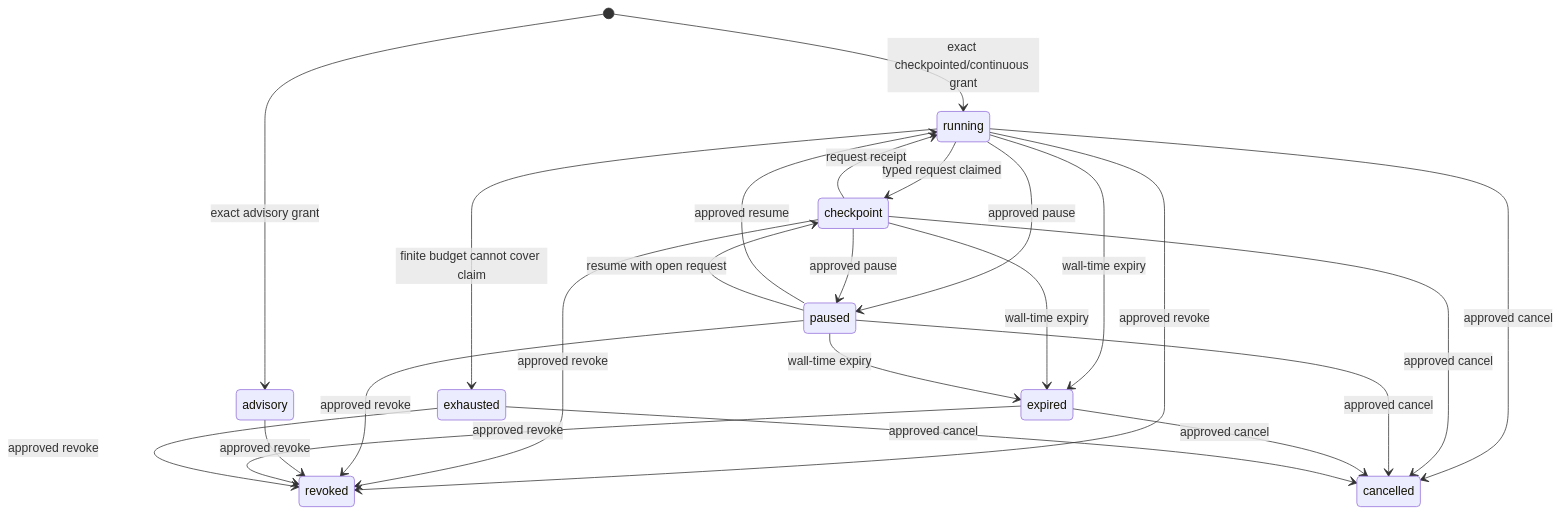
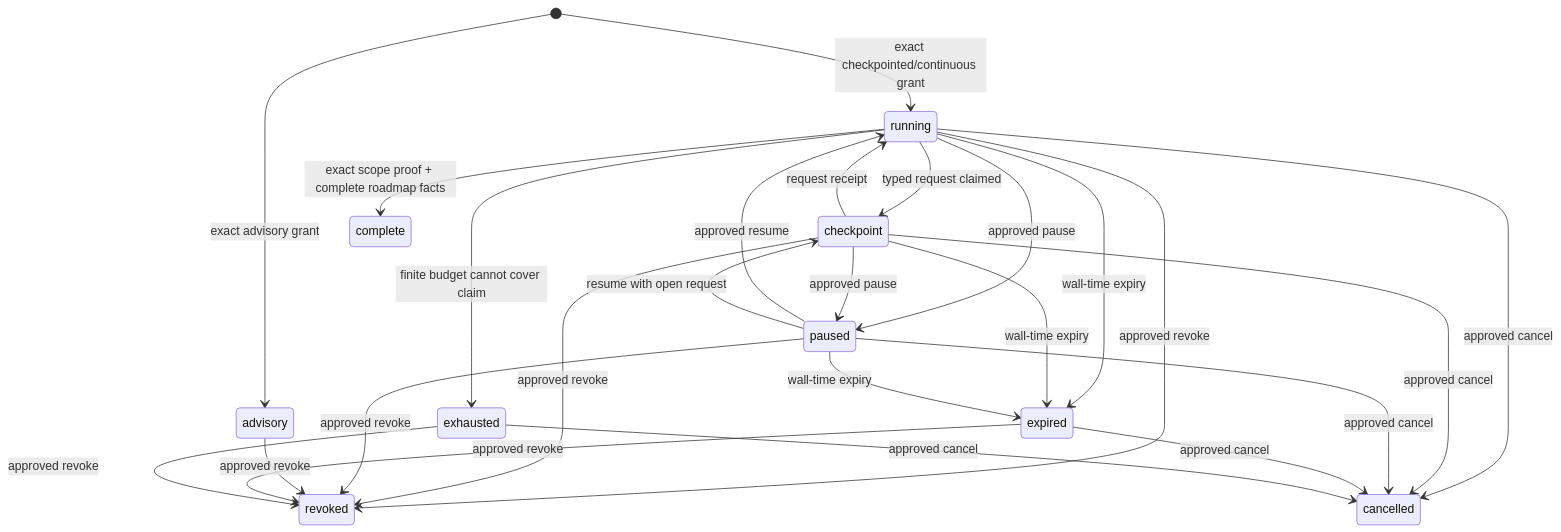
The second of 2 diagrams in docs/programs.md (karolswdev/delivery-workbench), drawn with Mermaid before and after one commit. The commit also changed other lines of this file and 32 other files, not shown here.

````diff
--- a/docs/programs.md
+++ b/docs/programs.md
@@ -1009,26 +1053,27 @@
 ```mermaid
 stateDiagram-v2
   [*] --> advisory: exact advisory grant
   [*] --> running: exact checkpointed/continuous grant
   running --> checkpoint: typed request claimed
   checkpoint --> running: request receipt
   running --> paused: approved pause
   checkpoint --> paused: approved pause
   paused --> running: approved resume
   paused --> checkpoint: resume with open request
   running --> exhausted: finite budget cannot cover claim
   running --> expired: wall-time expiry
   checkpoint --> expired: wall-time expiry
   paused --> expired: wall-time expiry
   running --> revoked: approved revoke
   checkpoint --> revoked: approved revoke
   paused --> revoked: approved revoke
   advisory --> revoked: approved revoke
   expired --> revoked: approved revoke
   exhausted --> revoked: approved revoke
   running --> cancelled: approved cancel
   checkpoint --> cancelled: approved cancel
   paused --> cancelled: approved cancel
   expired --> cancelled: approved cancel
   exhausted --> cancelled: approved cancel
+  running --> complete: exact scope proof + complete roadmap facts
 ```
````
